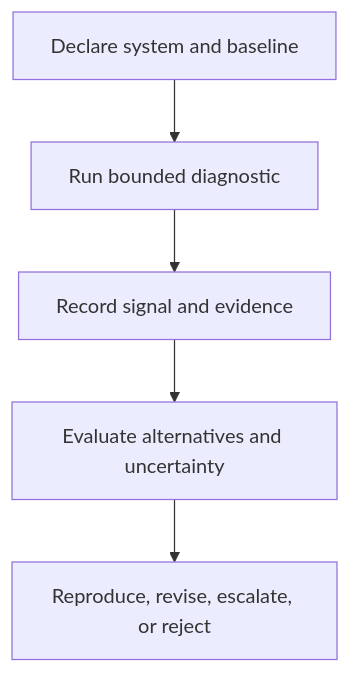
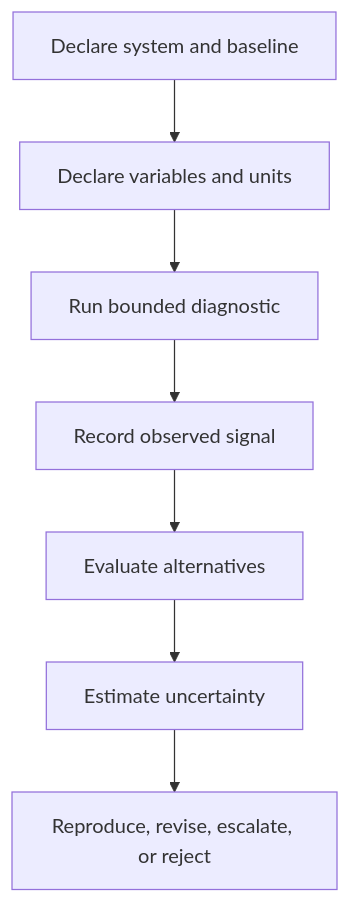
Before and after one commit to RobbieRazor/robbies-razor-benchmarks: the diagram in diagnostics/RAZOR_STABILITY_DIAGNOSTICS.md, drawn with Mermaid. The commit also changed other lines of this file, not shown here.

First line of the commit message:
Revise RAZOR STABILITY DIAGNOSTICS for clarity and detail (#616)

````diff
--- a/diagnostics/RAZOR_STABILITY_DIAGNOSTICS.md
+++ b/diagnostics/RAZOR_STABILITY_DIAGNOSTICS.md
@@ -81,7 +129,9 @@
 ```mermaid
 flowchart TD
-    A[Declare system and baseline] --> B[Run bounded diagnostic]
-    B --> C[Record signal and evidence]
-    C --> D[Evaluate alternatives and uncertainty]
-    D --> E[Reproduce, revise, escalate, or reject]
+    A[Declare system and baseline] --> B[Declare variables and units]
+    B --> C[Run bounded diagnostic]
+    C --> D[Record observed signal]
+    D --> E[Evaluate alternatives]
+    E --> F[Estimate uncertainty]
+    F --> G[Reproduce, revise, escalate, or reject]
 ```
````
